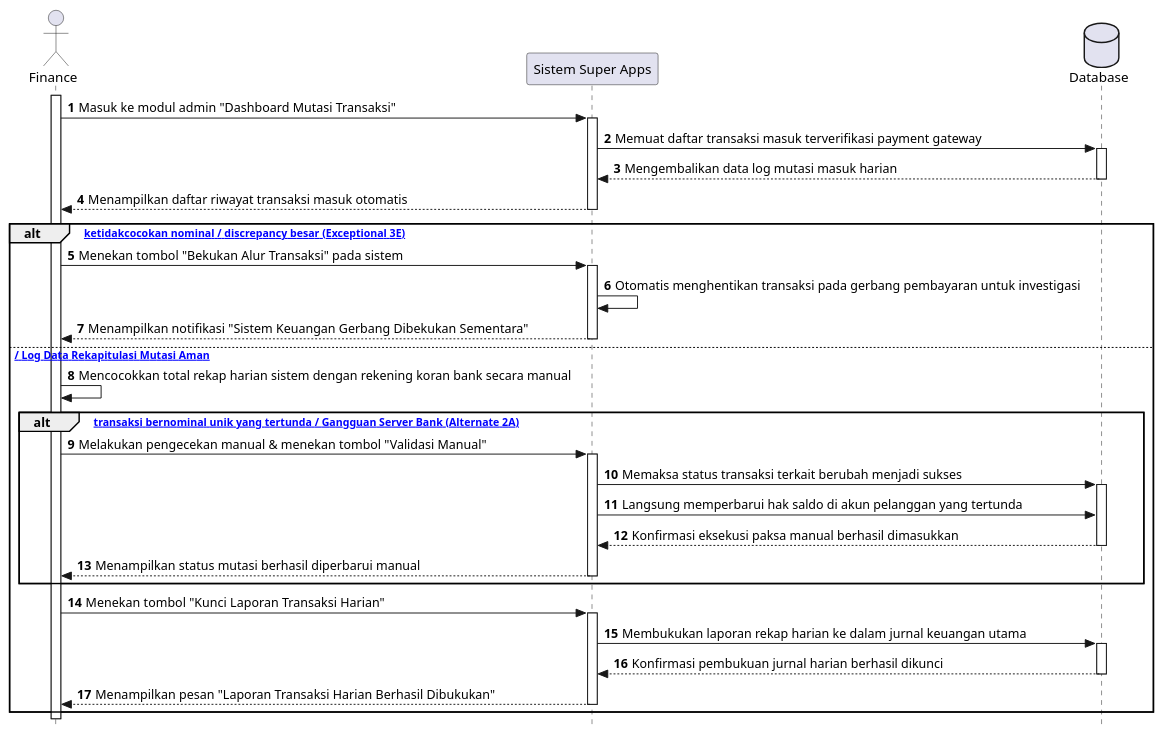
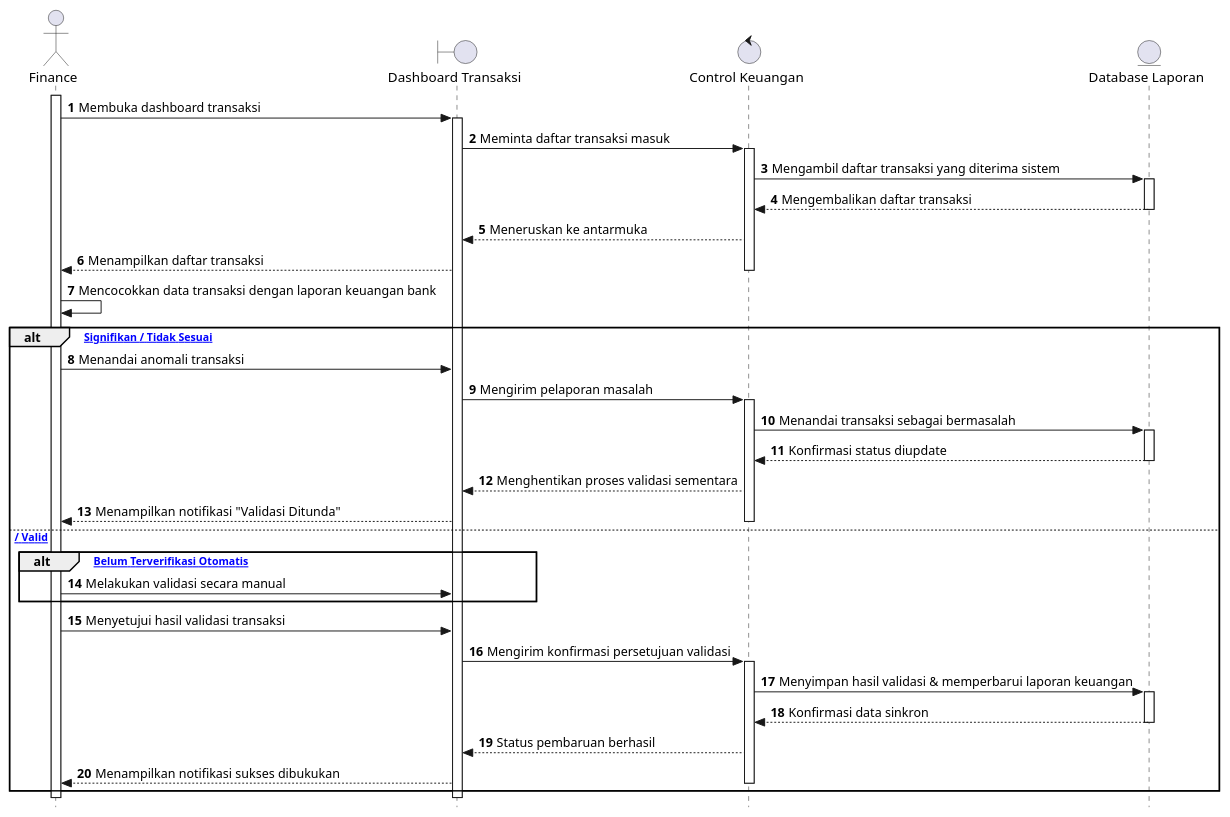
The diagram in OOAD/arhip-tubes/sequence_diagram/super_apps/UC-SA3_Sequence.plantuml (AN-maz/documentation-progress), drawn with PlantUML before and after one commit. The commit also changed 8 other files, not shown here.

Commit message:
modified: super apps, visit track sequences diagram

```diff
--- a/OOAD/arhip-tubes/sequence_diagram/super_apps/UC-SA3_Sequence.plantuml
+++ b/OOAD/arhip-tubes/sequence_diagram/super_apps/UC-SA3_Sequence.plantuml
@@ -1,51 +1,55 @@
 @startuml
 autonumber
 skinparam style strictuml
 
 actor Finance
-participant "Sistem Super Apps" as App
-database "Database" as DB
+boundary "Dashboard Transaksi" as Form
+control "Control Keuangan" as Ctrl
+entity "Database Laporan" as DB
 
 activate Finance
-Finance -> App: Masuk ke modul admin "Dashboard Mutasi Transaksi"
-activate App
-App -> DB: Memuat daftar transaksi masuk terverifikasi payment gateway
+Finance -> Form: Membuka dashboard transaksi
+activate Form
+Form -> Ctrl: Meminta daftar transaksi masuk
+activate Ctrl
+Ctrl -> DB: Mengambil daftar transaksi yang diterima sistem
 activate DB
-DB --> App: Mengembalikan data log mutasi masuk harian
+DB --> Ctrl: Mengembalikan daftar transaksi
 deactivate DB
-App --> Finance: Menampilkan daftar riwayat transaksi masuk otomatis
-deactivate App
+Ctrl --> Form: Meneruskan ke antarmuka
+Form --> Finance: Menampilkan daftar transaksi
+deactivate Ctrl
 
-alt [Ditemukan ketidakcocokan nominal / discrepancy besar (Exceptional 3E)]
-    Finance -> App: Menekan tombol "Bekukan Alur Transaksi" pada sistem
-    activate App
-    App -> App: Otomatis menghentikan transaksi pada gerbang pembayaran untuk investigasi
-    App --> Finance: Menampilkan notifikasi "Sistem Keuangan Gerbang Dibekukan Sementara"
-    deactivate App
-else [Tidak / Log Data Rekapitulasi Mutasi Aman]
-    Finance -> Finance: Mencocokkan total rekap harian sistem dengan rekening koran bank secara manual
-    
-    alt [Ada transaksi bernominal unik yang tertunda / Gangguan Server Bank (Alternate 2A)]
-        Finance -> App: Melakukan pengecekan manual & menekan tombol "Validasi Manual"
-        activate App
-        App -> DB: Memaksa status transaksi terkait berubah menjadi sukses
-        activate DB
-        App -> DB: Langsung memperbarui hak saldo di akun pelanggan yang tertunda
-        DB --> App: Konfirmasi eksekusi paksa manual berhasil dimasukkan
-        deactivate DB
-        App --> Finance: Menampilkan status mutasi berhasil diperbarui manual
-        deactivate App
+Finance -> Finance: Mencocokkan data transaksi dengan laporan keuangan bank
+
+alt [Beda Signifikan / Tidak Sesuai]
+    Finance -> Form: Menandai anomali transaksi
+    Form -> Ctrl: Mengirim pelaporan masalah
+    activate Ctrl
+    Ctrl -> DB: Menandai transaksi sebagai bermasalah
+    activate DB
+    DB --> Ctrl: Konfirmasi status diupdate
+    deactivate DB
+    Ctrl --> Form: Menghentikan proses validasi sementara
+    Form --> Finance: Menampilkan notifikasi "Validasi Ditunda"
+    deactivate Ctrl
+else [Sesuai / Valid]
+    alt [Transaksi Belum Terverifikasi Otomatis]
+        Finance -> Form: Melakukan validasi secara manual
     end
     
-    Finance -> App: Menekan tombol "Kunci Laporan Transaksi Harian"
-    activate App
-    App -> DB: Membukukan laporan rekap harian ke dalam jurnal keuangan utama
+    Finance -> Form: Menyetujui hasil validasi transaksi
+    Form -> Ctrl: Mengirim konfirmasi persetujuan validasi
+    activate Ctrl
+    Ctrl -> DB: Menyimpan hasil validasi & memperbarui laporan keuangan
     activate DB
-    DB --> App: Konfirmasi pembukuan jurnal harian berhasil dikunci
+    DB --> Ctrl: Konfirmasi data sinkron
     deactivate DB
-    App --> Finance: Menampilkan pesan "Laporan Transaksi Harian Berhasil Dibukukan"
-    deactivate App
+    Ctrl --> Form: Status pembaruan berhasil
+    Form --> Finance: Menampilkan notifikasi sukses dibukukan
+    deactivate Ctrl
 end
 
+deactivate Form
 deactivate Finance
 @enduml
```
